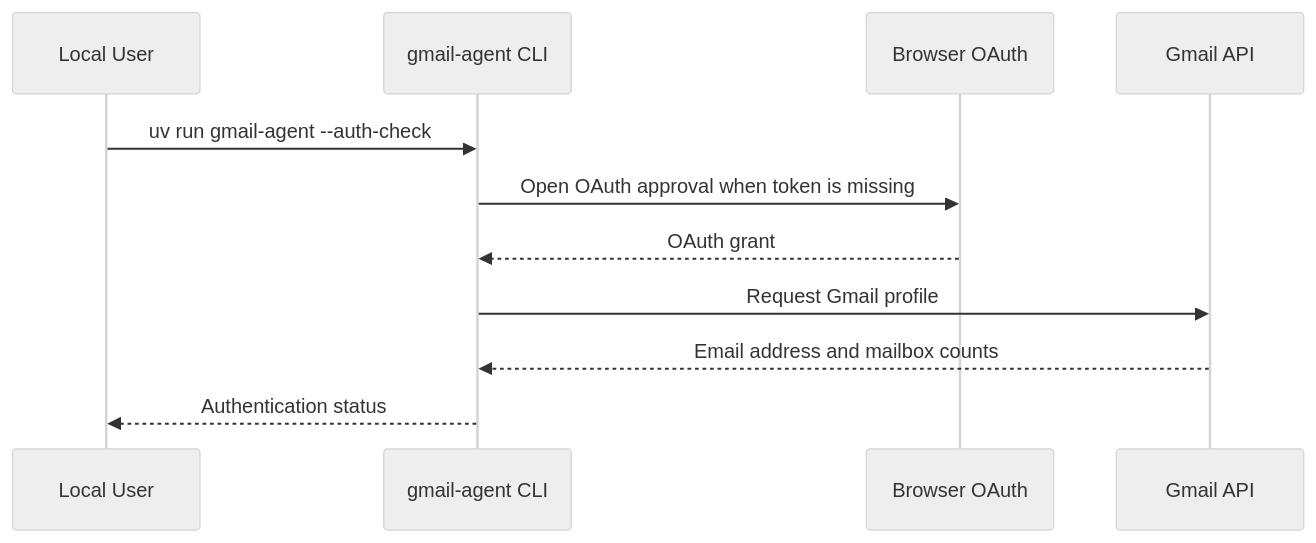
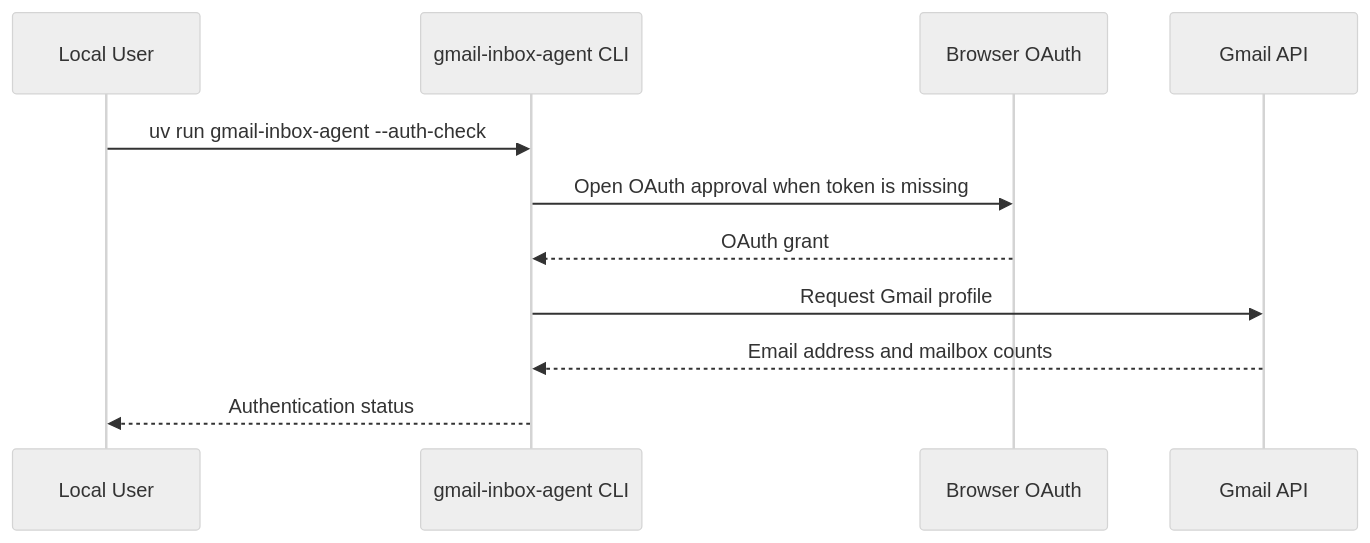
One commit to brandocomando/my_agentic_team changed the fourth of 7 diagrams in gmail-inbox-agent/docs/Architecture.md. Above: the diagram before and after it, drawn with Mermaid (neutral theme). The commit also changed other lines of this file and 17 other files, not shown here.

First line of the commit message:
fix(gmail-inbox-agent): Skip release tests on main, and standardize on naming convention (#2)

````diff
--- a/gmail-inbox-agent/docs/Architecture.md
+++ b/gmail-inbox-agent/docs/Architecture.md
@@ -78,14 +78,14 @@
 ```mermaid
 sequenceDiagram
     participant User as Local User
-    participant CLI as gmail-agent CLI
+    participant CLI as gmail-inbox-agent CLI
     participant Browser as Browser OAuth
     participant Gmail as Gmail API
 
-    User->>CLI: uv run gmail-agent --auth-check
+    User->>CLI: uv run gmail-inbox-agent --auth-check
     CLI->>Browser: Open OAuth approval when token is missing
     Browser-->>CLI: OAuth grant
     CLI->>Gmail: Request Gmail profile
     Gmail-->>CLI: Email address and mailbox counts
     CLI-->>User: Authentication status
 ```
````
